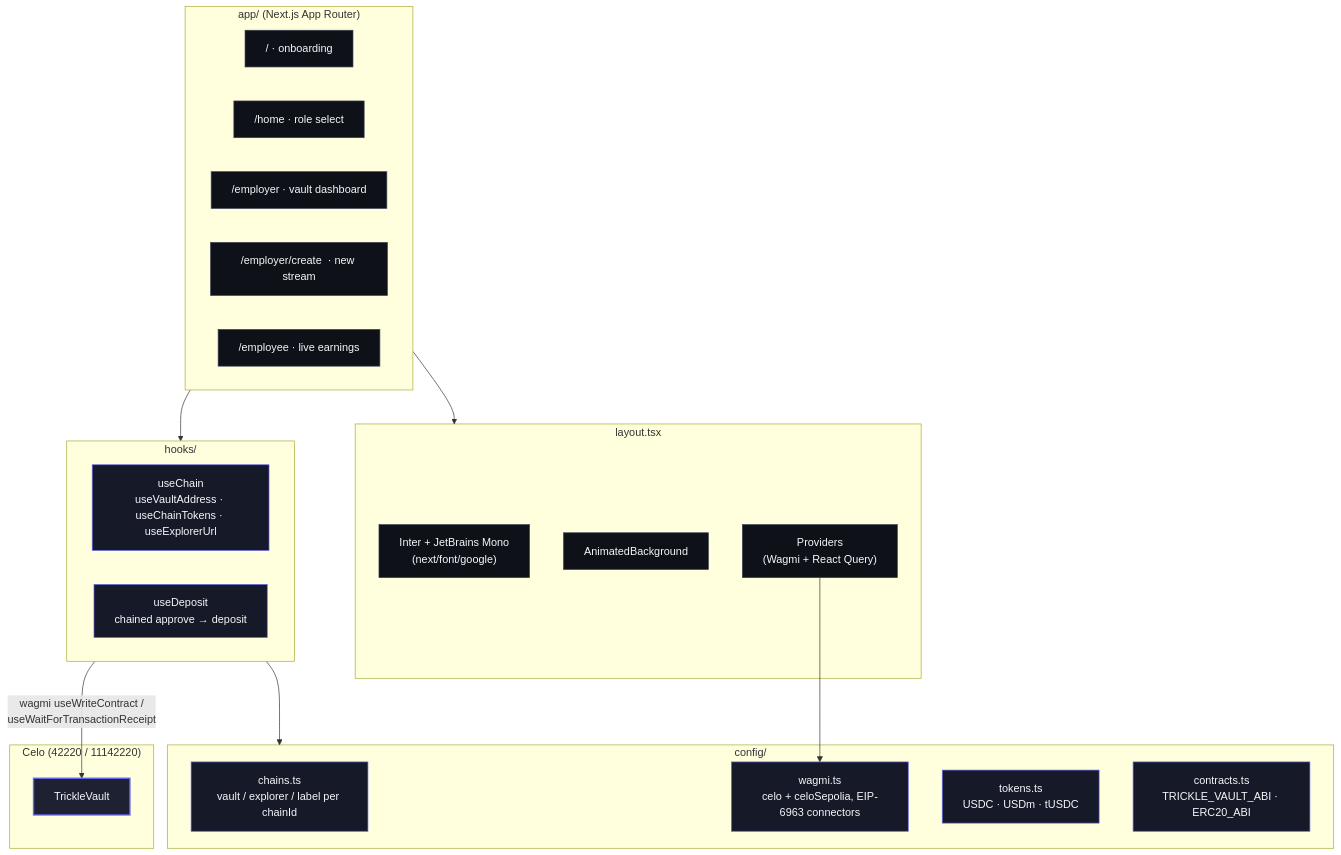
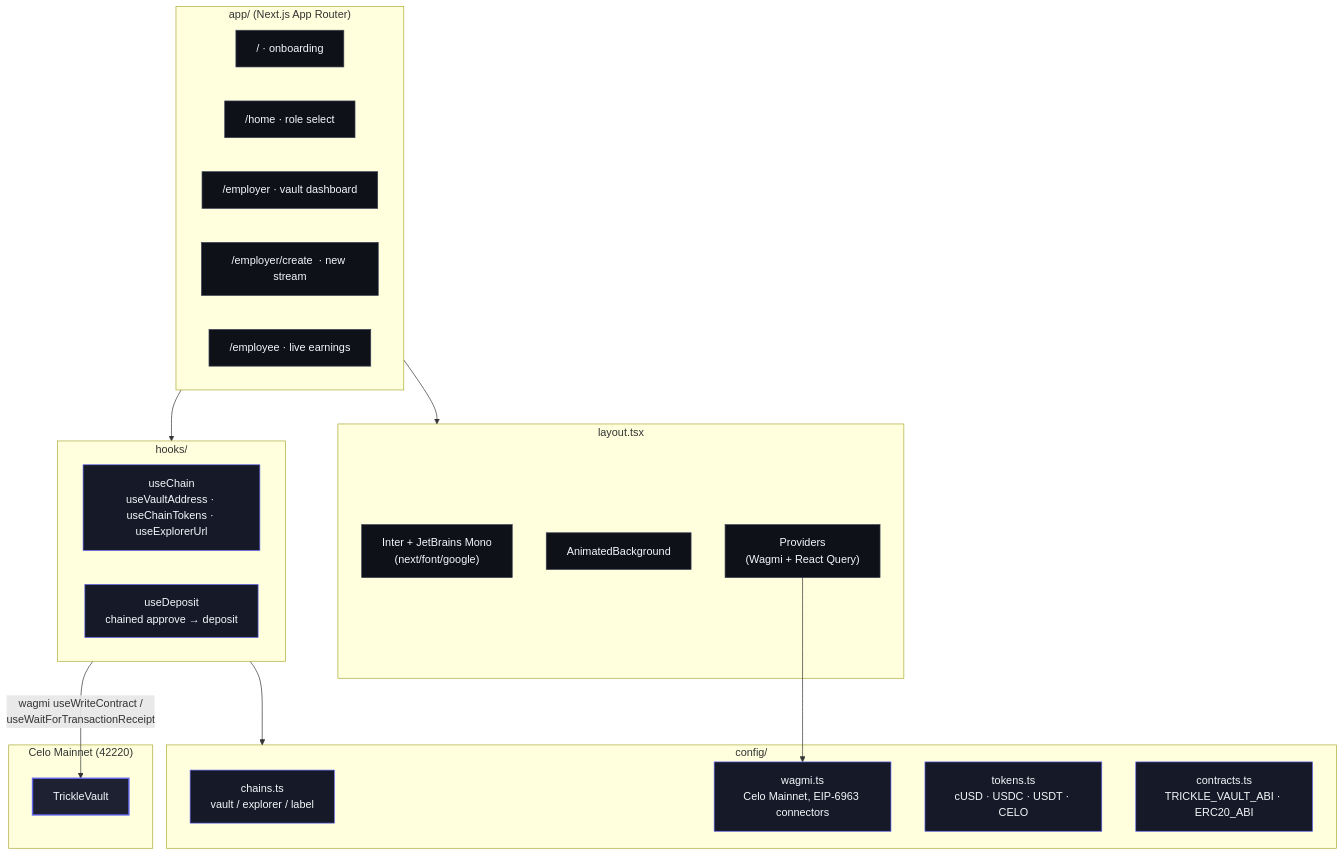
One commit to EzraNahumury/celo_hackaton changed the first of 2 diagrams in fe_trickle/README.md. Above: the diagram before and after it, drawn with Mermaid. The commit also changed other lines of this file and 11 other files, not shown here.

Commit message:
perbaikan bug connect wallet and integrasion app to only mainnet celo

````diff
--- a/fe_trickle/README.md
+++ b/fe_trickle/README.md
@@ -49,45 +47,45 @@
 ```mermaid
 flowchart TB
     subgraph APP["app/  (Next.js App Router)"]
         ROOT["/  · onboarding"]
         HOME["/home  · role select"]
         EMPR["/employer  · vault dashboard"]
         EMPC["/employer/create  · new stream"]
         EMPE["/employee  · live earnings"]
     end
 
     subgraph LAYOUT["layout.tsx"]
         FONTS["Inter + JetBrains Mono<br/>(next/font/google)"]
         BG["AnimatedBackground"]
         PROV["Providers<br/>(Wagmi + React Query)"]
     end
 
     subgraph CFG["config/"]
-        CHAINS["chains.ts<br/>vault / explorer / label per chainId"]
-        WAGMI["wagmi.ts<br/>celo + celoSepolia, EIP-6963 connectors"]
-        TOKENS["tokens.ts<br/>USDC · USDm · tUSDC"]
+        CHAINS["chains.ts<br/>vault / explorer / label"]
+        WAGMI["wagmi.ts<br/>Celo Mainnet, EIP-6963 connectors"]
+        TOKENS["tokens.ts<br/>cUSD · USDC · USDT · CELO"]
         CTR["contracts.ts<br/>TRICKLE_VAULT_ABI · ERC20_ABI"]
     end
 
     subgraph HOOKS["hooks/"]
         UC["useChain<br/>useVaultAddress · useChainTokens · useExplorerUrl"]
         UD["useDeposit<br/>chained approve → deposit"]
     end
 
-    subgraph CHAIN["Celo (42220 / 11142220)"]
+    subgraph CHAIN["Celo Mainnet (42220)"]
         VAULT["TrickleVault"]
     end
 
     APP --> LAYOUT
     APP --> HOOKS
     HOOKS --> CFG
     HOOKS -- "wagmi useWriteContract /<br/>useWaitForTransactionReceipt" --> VAULT
     PROV --> WAGMI
 
     classDef app fill:#0F1119,stroke:#3A4055,color:#F5F7FB;
     classDef cfg fill:#161927,stroke:#6366F1,color:#F5F7FB;
     classDef chain fill:#1D2131,stroke:#6366F1,stroke-width:2px,color:#F5F7FB;
     class ROOT,HOME,EMPR,EMPC,EMPE,FONTS,BG,PROV app
     class CHAINS,WAGMI,TOKENS,CTR,UC,UD cfg
     class VAULT chain
 ```
````
